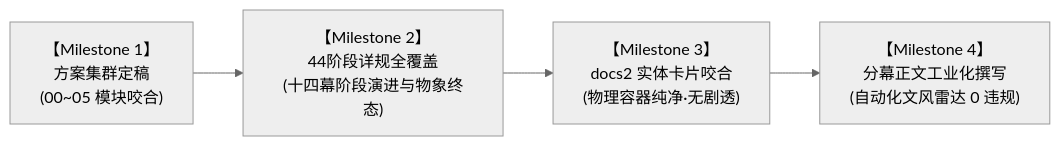
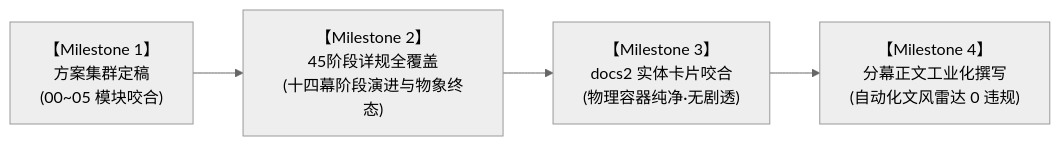
One commit to soranokiseki1437/eldoria-worldbook changed the fifth of 5 diagrams in 方案/第二部/主线与世界扩充方案/00_第二部宏篇主线总纲与方案管理中枢.md. Above: the diagram before and after it, drawn with Mermaid (neutral theme). The commit also changed other lines of this file and 130 other files, not shown here.

````diff
--- a/方案/第二部/主线与世界扩充方案/00_第二部宏篇主线总纲与方案管理中枢.md
+++ b/方案/第二部/主线与世界扩充方案/00_第二部宏篇主线总纲与方案管理中枢.md
@@ -365,6 +365,6 @@
 ```mermaid
 graph LR
-    M1["【Milestone 1】<br/>方案集群定稿<br/>(00~05 模块咬合)"] --> M2["【Milestone 2】<br/>44阶段详规全覆盖<br/>(十四幕阶段演进与物象终态)"]
+    M1["【Milestone 1】<br/>方案集群定稿<br/>(00~05 模块咬合)"] --> M2["【Milestone 2】<br/>45阶段详规全覆盖<br/>(十四幕阶段演进与物象终态)"]
     M2 --> M3["【Milestone 3】<br/>docs2 实体卡片咬合<br/>(物理容器纯净·无剧透)"]
     M3 --> M4["【Milestone 4】<br/>分幕正文工业化撰写<br/>(自动化文风雷达 0 违规)"]
 ```
````
